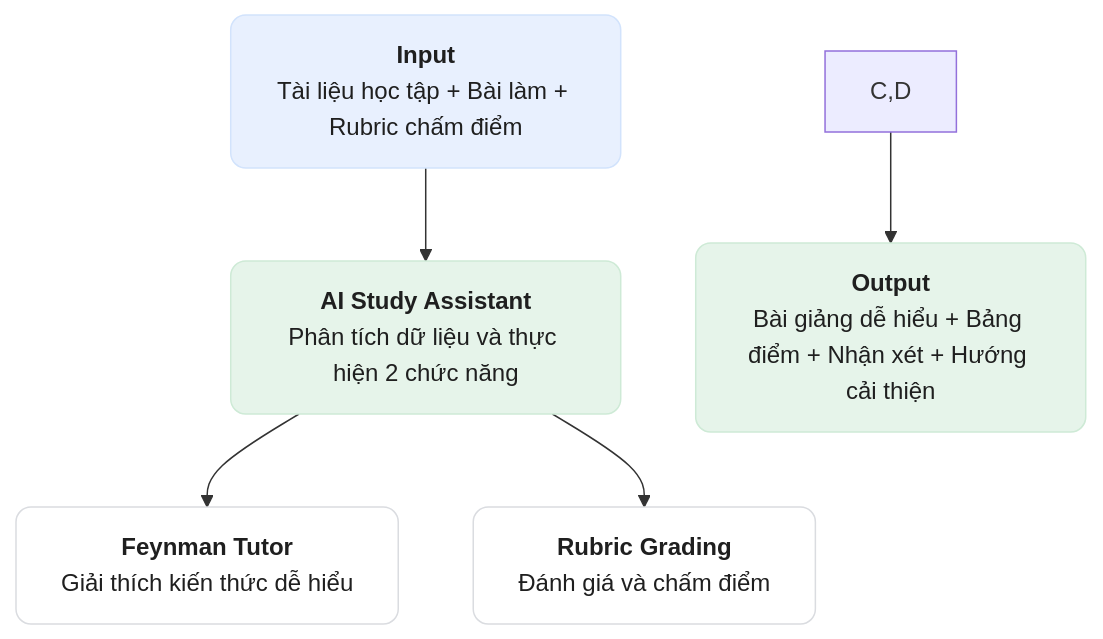
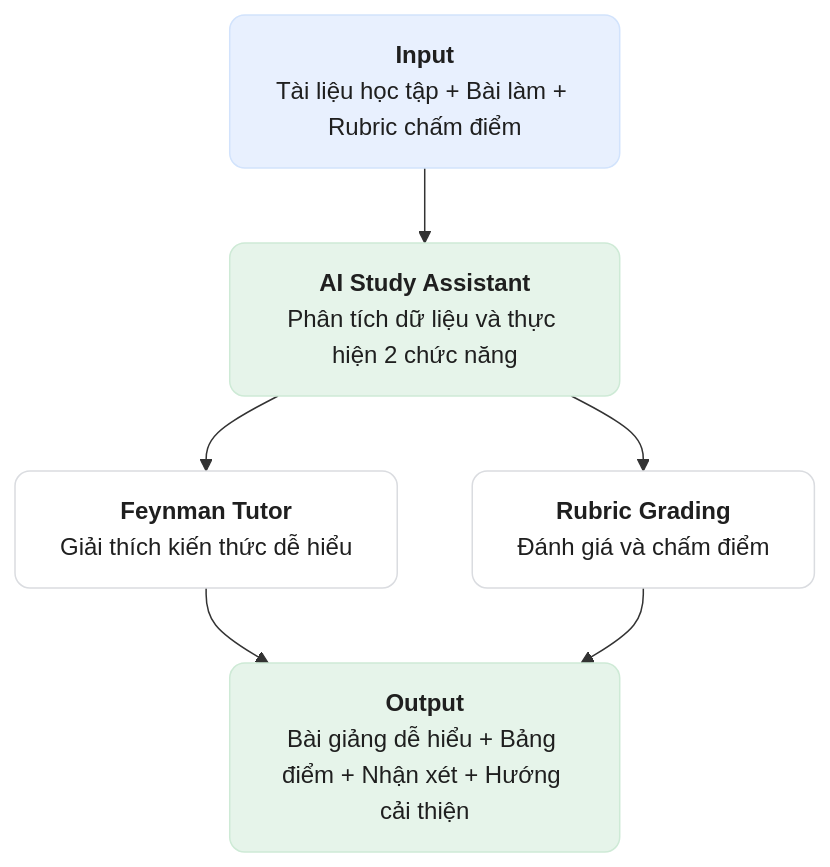
The diagram in README.md (Duyanh2k8/HCM-KS26-CNTT1_PromptingAI_Session06_Ex01), drawn with Mermaid before and after one commit. The commit also changed other lines of this file, not shown here.

````diff
--- a/README.md
+++ b/README.md
@@ -12,19 +12,20 @@
 ```mermaid
 flowchart TD
     A["<b>Input</b><br/>Tài liệu học tập + Bài làm + Rubric chấm điểm"]
     B["<b>AI Study Assistant</b><br/>Phân tích dữ liệu và thực hiện 2 chức năng"]
     C["<b>Feynman Tutor</b><br/>Giải thích kiến thức dễ hiểu"]
     D["<b>Rubric Grading</b><br/>Đánh giá và chấm điểm"]
     E["<b>Output</b><br/>Bài giảng dễ hiểu + Bảng điểm + Nhận xét + Hướng cải thiện"]
 
     A --> B
     B --> C
     B --> D
-    C,D --> E
+    C --> E
+    D --> E
 
     style A fill:#e8f0fe,stroke:#d2e3fc,color:#1f1f1f,rx:10,ry:10
     style B fill:#e6f4ea,stroke:#ceead6,color:#1f1f1f,rx:10,ry:10
     style C fill:#ffffff,stroke:#dadce0,color:#1f1f1f,rx:10,ry:10
     style D fill:#ffffff,stroke:#dadce0,color:#1f1f1f,rx:10,ry:10
     style E fill:#e6f4ea,stroke:#ceead6,color:#1f1f1f,rx:10,ry:10
 ```
````
